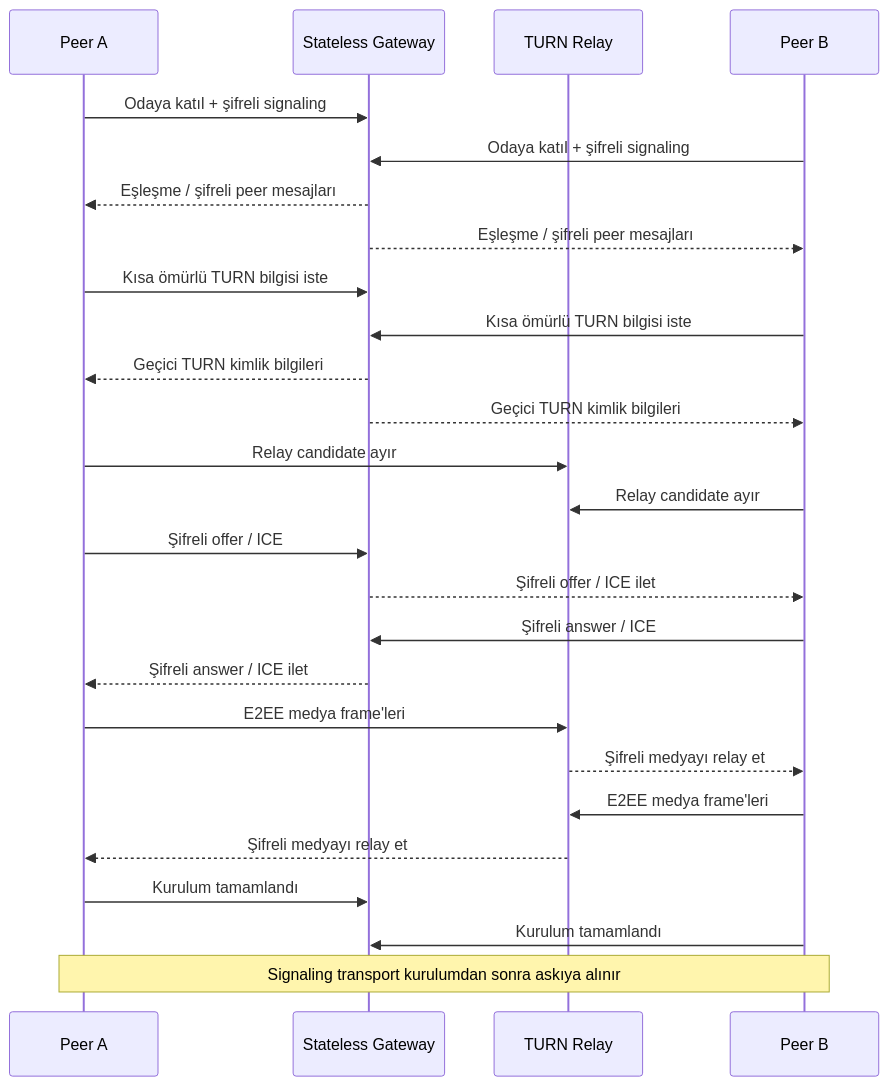
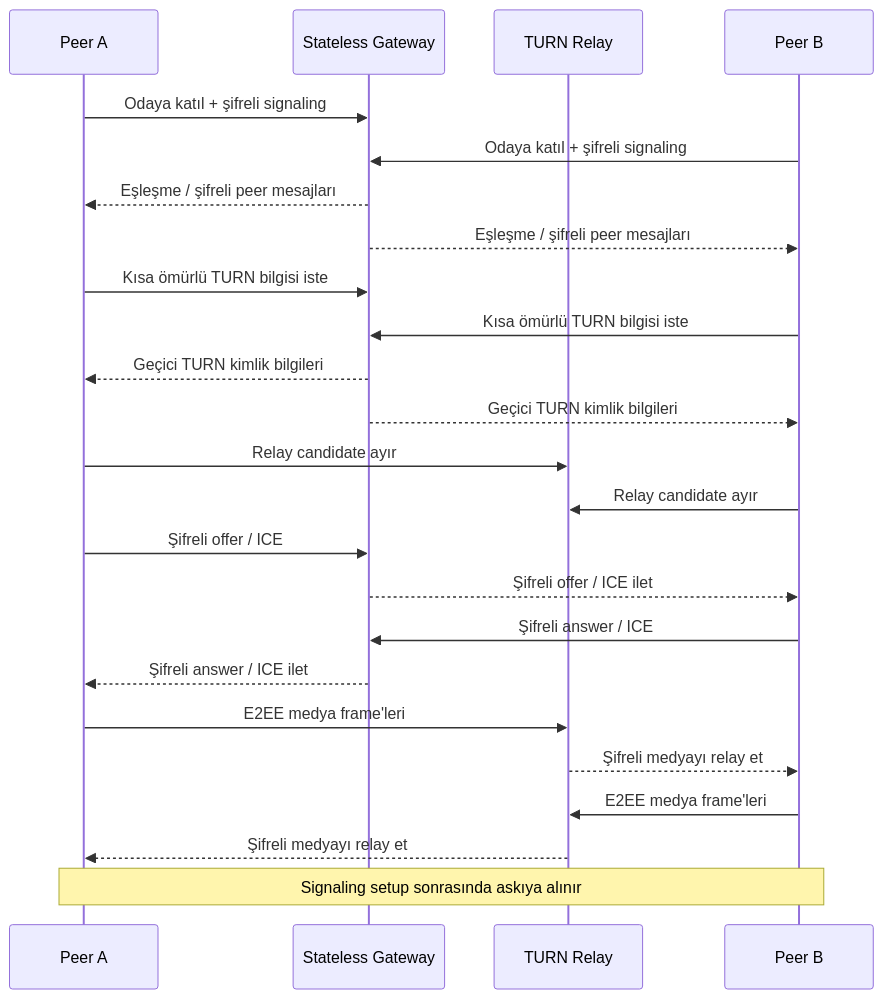
One commit to tahakubilay/LiveHide changed the diagram in README.tr.md. Above: the diagram before and after it, drawn with Mermaid. The commit also changed other lines of this file, not shown here.

````diff
--- a/README.tr.md
+++ b/README.tr.md
@@ -65,34 +50,32 @@
 ```mermaid
 sequenceDiagram
     participant A as Peer A
     participant G as Stateless Gateway
     participant T as TURN Relay
     participant B as Peer B
 
     A->>G: Odaya katıl + şifreli signaling
     B->>G: Odaya katıl + şifreli signaling
     G-->>A: Eşleşme / şifreli peer mesajları
     G-->>B: Eşleşme / şifreli peer mesajları
 
     A->>G: Kısa ömürlü TURN bilgisi iste
     B->>G: Kısa ömürlü TURN bilgisi iste
     G-->>A: Geçici TURN kimlik bilgileri
     G-->>B: Geçici TURN kimlik bilgileri
 
     A->>T: Relay candidate ayır
     B->>T: Relay candidate ayır
 
     A->>G: Şifreli offer / ICE
     G-->>B: Şifreli offer / ICE ilet
     B->>G: Şifreli answer / ICE
     G-->>A: Şifreli answer / ICE ilet
 
     A->>T: E2EE medya frame'leri
     T-->>B: Şifreli medyayı relay et
     B->>T: E2EE medya frame'leri
     T-->>A: Şifreli medyayı relay et
 
-    A->>G: Kurulum tamamlandı
-    B->>G: Kurulum tamamlandı
-    Note over A,B: Signaling transport kurulumdan sonra askıya alınır
+    Note over A,B: Signaling setup sonrasında askıya alınır
 ```
````
